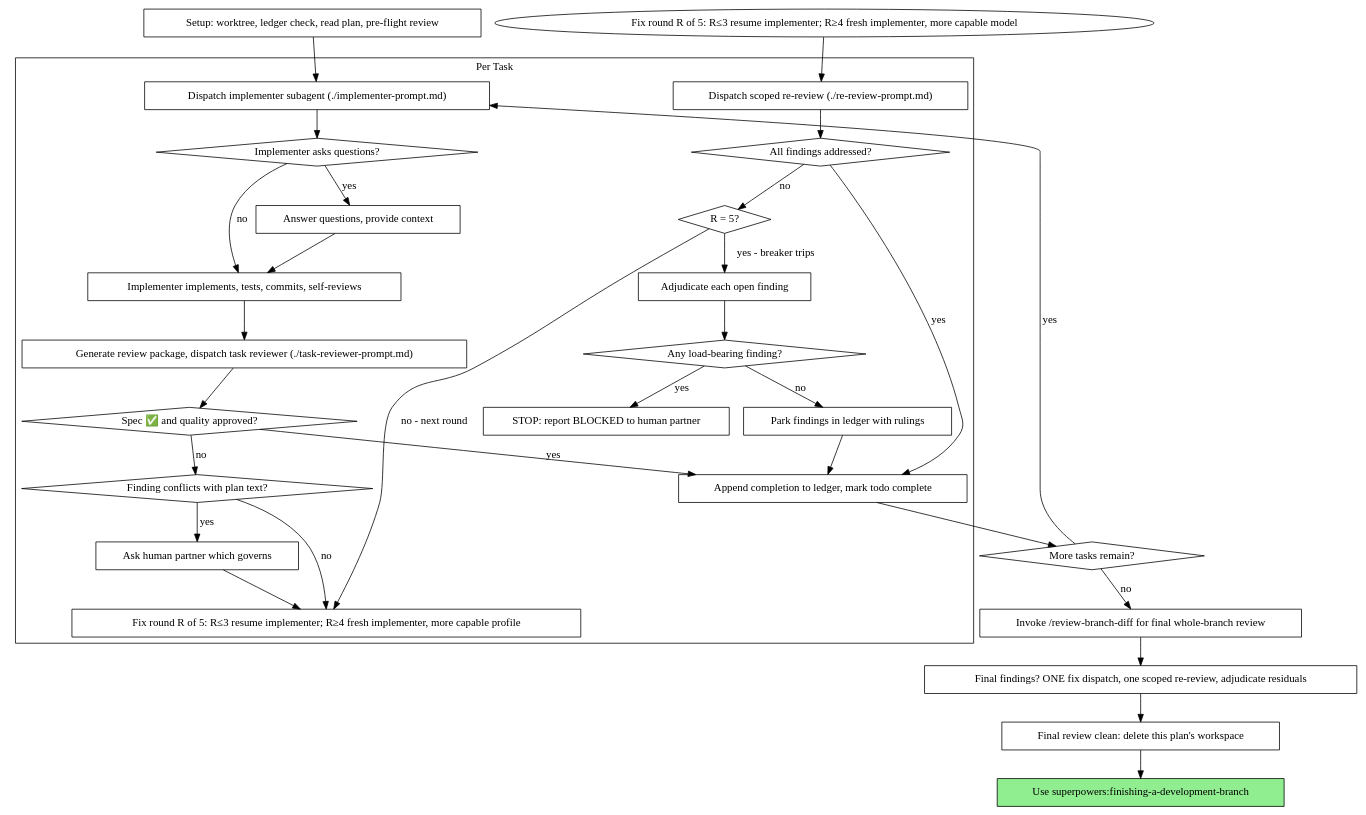
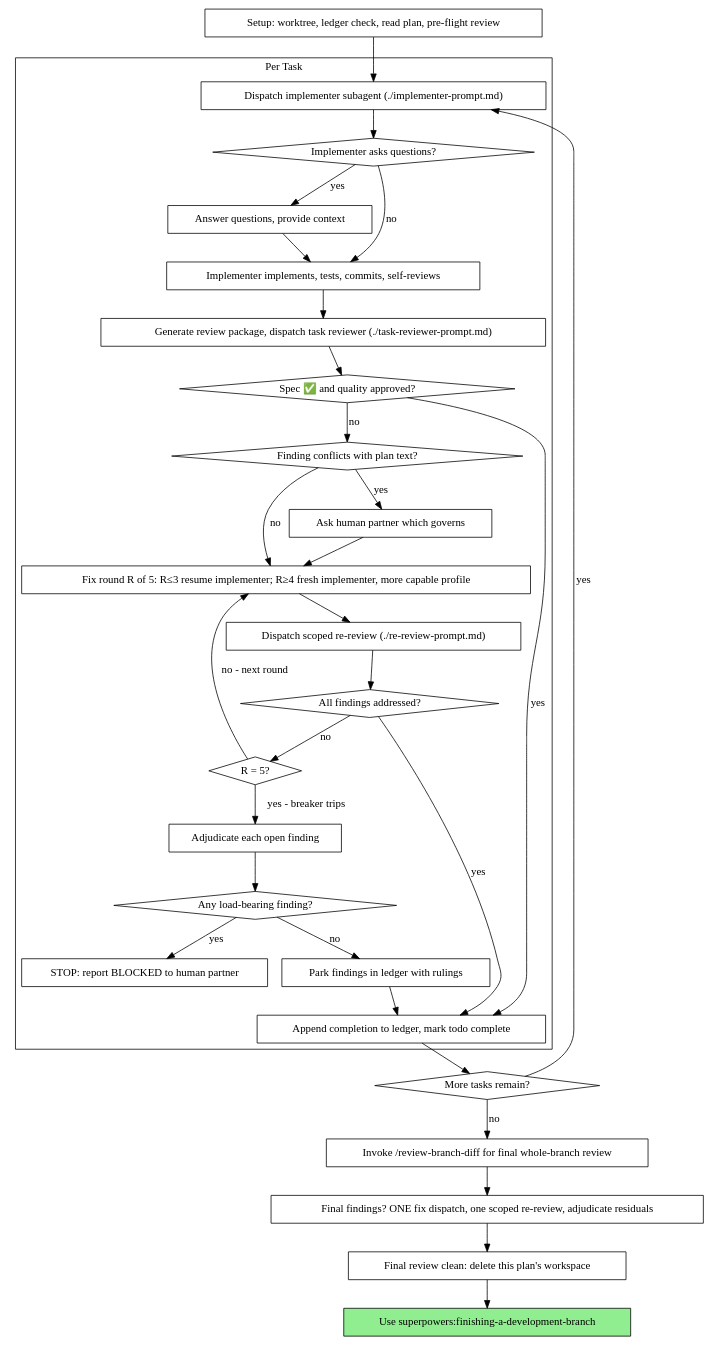
One commit to HarleyBartles/agent-asset-marketplace changed the second of 2 diagrams in codex-marketplace/plugins/superpowers-plus/skills/subagent-driven-development/SKILL.md. Above: the diagram before and after it, drawn with Graphviz. The commit also changed other lines of this file and 12 other files, not shown here.

Commit message:
fix: remaining branch-review findings — DOT edge, selecting-a-subagent registry, install instructions, same model wording

````diff
--- a/codex-marketplace/plugins/superpowers-plus/skills/subagent-driven-development/SKILL.md
+++ b/codex-marketplace/plugins/superpowers-plus/skills/subagent-driven-development/SKILL.md
@@ -72,62 +72,62 @@
 ```dot
 digraph process {
     rankdir=TB;
 
     subgraph cluster_per_task {
         label="Per Task";
         "Dispatch implementer subagent (./implementer-prompt.md)" [shape=box];
         "Implementer asks questions?" [shape=diamond];
         "Answer questions, provide context" [shape=box];
         "Implementer implements, tests, commits, self-reviews" [shape=box];
         "Generate review package, dispatch task reviewer (./task-reviewer-prompt.md)" [shape=box];
         "Spec ✅ and quality approved?" [shape=diamond];
         "Finding conflicts with plan text?" [shape=diamond];
         "Ask human partner which governs" [shape=box];
         "Fix round R of 5: R≤3 resume implementer; R≥4 fresh implementer, more capable profile" [shape=box];
         "Dispatch scoped re-review (./re-review-prompt.md)" [shape=box];
         "All findings addressed?" [shape=diamond];
         "R = 5?" [shape=diamond];
         "Adjudicate each open finding" [shape=box];
         "Any load-bearing finding?" [shape=diamond];
         "STOP: report BLOCKED to human partner" [shape=box];
         "Park findings in ledger with rulings" [shape=box];
         "Append completion to ledger, mark todo complete" [shape=box];
     }
 
     "Setup: worktree, ledger check, read plan, pre-flight review" [shape=box];
     "More tasks remain?" [shape=diamond];
     "Invoke /review-branch-diff for final whole-branch review" [shape=box];
     "Final findings? ONE fix dispatch, one scoped re-review, adjudicate residuals" [shape=box];
     "Final review clean: delete this plan's workspace" [shape=box];
     "Use superpowers:finishing-a-development-branch" [shape=box style=filled fillcolor=lightgreen];
 
     "Setup: worktree, ledger check, read plan, pre-flight review" -> "Dispatch implementer subagent (./implementer-prompt.md)";
     "Dispatch implementer subagent (./implementer-prompt.md)" -> "Implementer asks questions?";
     "Implementer asks questions?" -> "Answer questions, provide context" [label="yes"];
     "Answer questions, provide context" -> "Implementer implements, tests, commits, self-reviews";
     "Implementer asks questions?" -> "Implementer implements, tests, commits, self-reviews" [label="no"];
     "Implementer implements, tests, commits, self-reviews" -> "Generate review package, dispatch task reviewer (./task-reviewer-prompt.md)";
     "Generate review package, dispatch task reviewer (./task-reviewer-prompt.md)" -> "Spec ✅ and quality approved?";
     "Spec ✅ and quality approved?" -> "Append completion to ledger, mark todo complete" [label="yes"];
     "Spec ✅ and quality approved?" -> "Finding conflicts with plan text?" [label="no"];
     "Finding conflicts with plan text?" -> "Ask human partner which governs" [label="yes"];
     "Ask human partner which governs" -> "Fix round R of 5: R≤3 resume implementer; R≥4 fresh implementer, more capable profile";
     "Finding conflicts with plan text?" -> "Fix round R of 5: R≤3 resume implementer; R≥4 fresh implementer, more capable profile" [label="no"];
-    "Fix round R of 5: R≤3 resume implementer; R≥4 fresh implementer, more capable model" -> "Dispatch scoped re-review (./re-review-prompt.md)";
+    "Fix round R of 5: R≤3 resume implementer; R≥4 fresh implementer, more capable profile" -> "Dispatch scoped re-review (./re-review-prompt.md)";
     "Dispatch scoped re-review (./re-review-prompt.md)" -> "All findings addressed?";
     "All findings addressed?" -> "Append completion to ledger, mark todo complete" [label="yes"];
     "All findings addressed?" -> "R = 5?" [label="no"];
     "R = 5?" -> "Fix round R of 5: R≤3 resume implementer; R≥4 fresh implementer, more capable profile" [label="no - next round"];
     "R = 5?" -> "Adjudicate each open finding" [label="yes - breaker trips"];
     "Adjudicate each open finding" -> "Any load-bearing finding?";
     "Any load-bearing finding?" -> "STOP: report BLOCKED to human partner" [label="yes"];
     "Any load-bearing finding?" -> "Park findings in ledger with rulings" [label="no"];
     "Park findings in ledger with rulings" -> "Append completion to ledger, mark todo complete";
     "Append completion to ledger, mark todo complete" -> "More tasks remain?";
     "More tasks remain?" -> "Dispatch implementer subagent (./implementer-prompt.md)" [label="yes"];
     "More tasks remain?" -> "Invoke /review-branch-diff for final whole-branch review" [label="no"];
     "Invoke /review-branch-diff for final whole-branch review" -> "Final findings? ONE fix dispatch, one scoped re-review, adjudicate residuals";
     "Final findings? ONE fix dispatch, one scoped re-review, adjudicate residuals" -> "Final review clean: delete this plan's workspace";
     "Final review clean: delete this plan's workspace" -> "Use superpowers:finishing-a-development-branch";
 }
 ```
````
